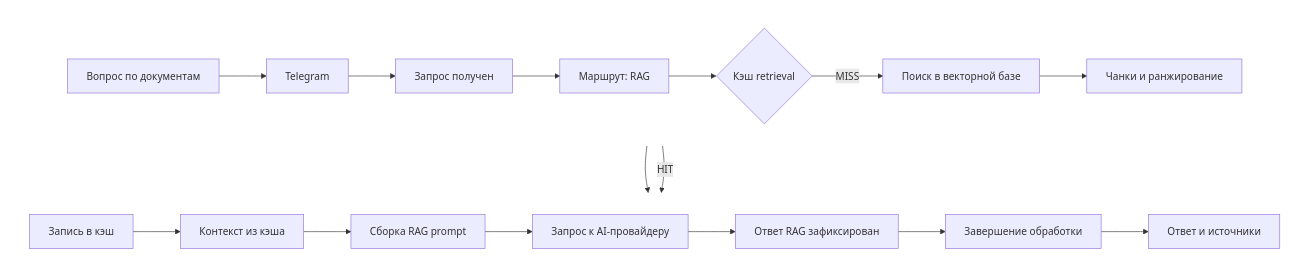
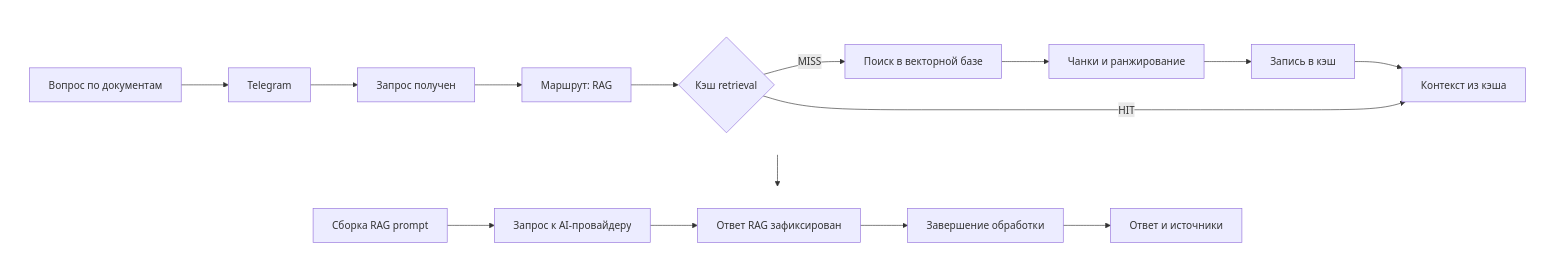
Before and after one commit to AlexLvGulyaev/Assistant-Flow: the second of 4 diagrams in docs/USER_GUIDE.md, drawn with Mermaid. The commit also changed other lines of this file, not shown here.

Commit message:
docs(user-guide): mermaid-схемы — межрядные связи на уровне подграфов
Mermaid игнорирует direction LR подграфа при ребре узел→внешний узел
(схемы вставали вертикально). Межрядные связи переведены на ребро
подграф→подграф (r1 --> r2), ветки HIT/MISS и TTS целиком внутри ряда.

````diff
--- a/docs/USER_GUIDE.md
+++ b/docs/USER_GUIDE.md
@@ -60,17 +60,17 @@
 ```mermaid
 flowchart TB
     subgraph r1 [" "]
         direction LR
         U[Вопрос по документам] --> TG[Telegram] --> S1[Запрос получен] --> S2[Маршрут: RAG] --> C{Кэш retrieval}
         C -->|MISS| R1[Поиск в векторной базе]
-        R1 --> R2[Чанки и ранжирование]
+        R1 --> R2[Чанки и ранжирование] --> R3[Запись в кэш] --> C1[Контекст из кэша]
+        C -->|HIT| C1
     end
     subgraph r2 [" "]
         direction LR
-        R3[Запись в кэш] --> C1[Контекст из кэша] --> L1[Сборка RAG prompt] --> L2[Запрос к AI-провайдеру] --> S3[Ответ RAG зафиксирован] --> S4[Завершение обработки] --> A[Ответ и источники]
+        L1[Сборка RAG prompt] --> L2[Запрос к AI-провайдеру] --> S3[Ответ RAG зафиксирован] --> S4[Завершение обработки] --> A[Ответ и источники]
     end
-    R2 --> R3
-    C -->|HIT| C1
+    r1 --> r2
     style r1 fill:none,stroke:none
     style r2 fill:none,stroke:none
 ```
````
